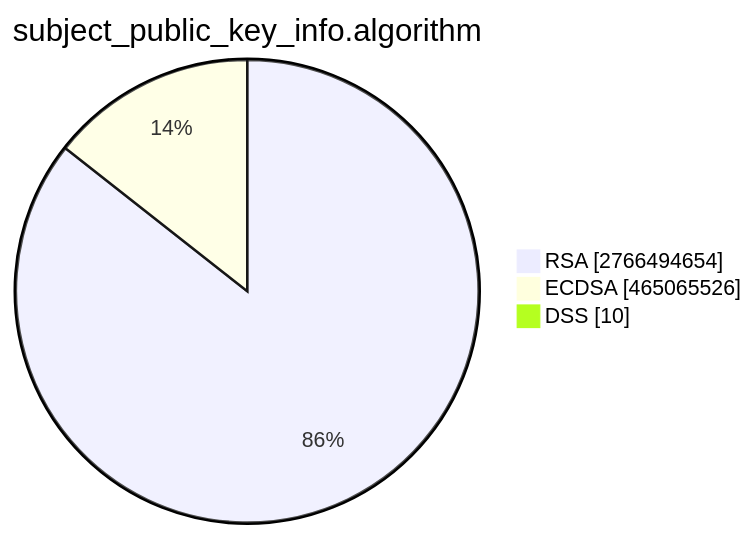
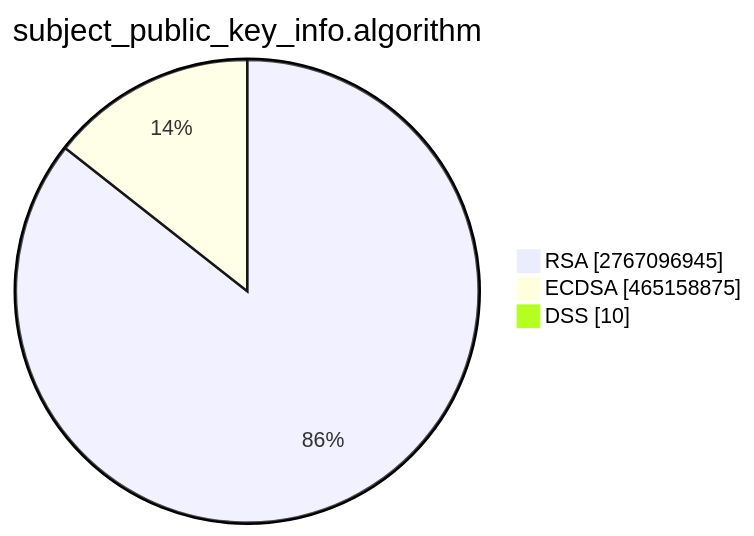
Before and after one commit to christiankrug/ctmonitor_visualization: the second of 15 diagrams in TOTAL/README.md, drawn with Mermaid. The commit also changed other lines of this file, not shown here.

````diff
--- a/TOTAL/README.md
+++ b/TOTAL/README.md
@@ -6,7 +6,7 @@
 ```mermaid
 pie showData
 title subject_public_key_info.algorithm
-"RSA" :2766494654
-"ECDSA" :465065526
+"RSA" :2767096945
+"ECDSA" :465158875
 "DSS" :10
 ```
````
